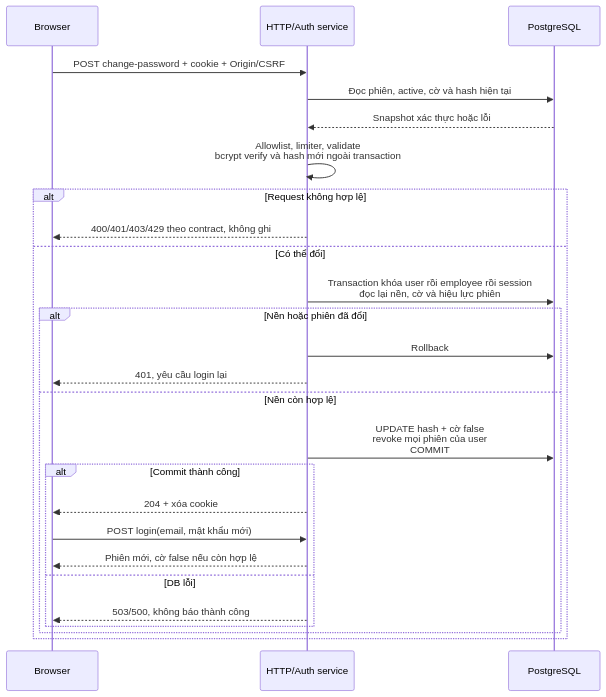
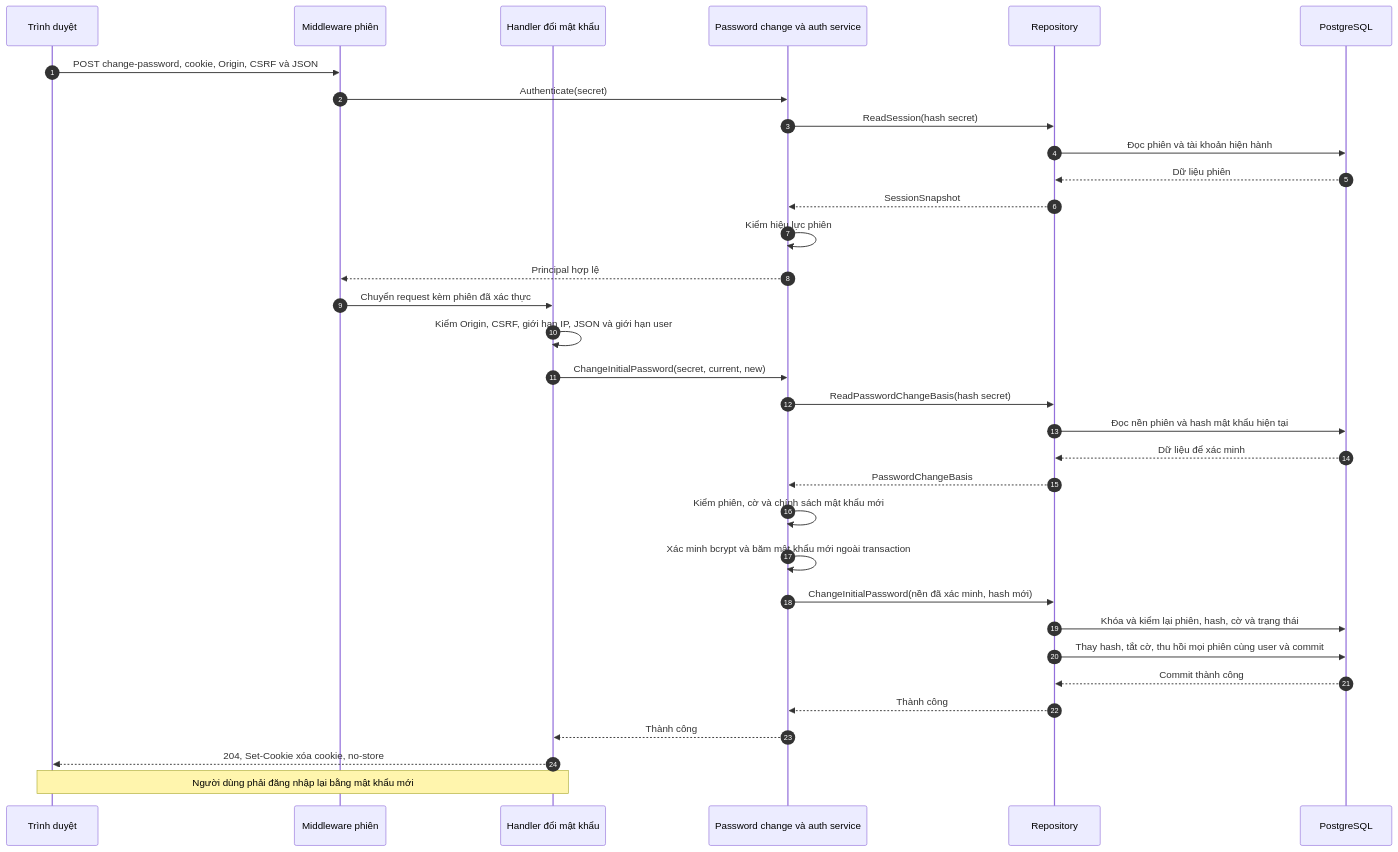
One commit to mingquanjp/prj-manage-system changed the seventh of 7 diagrams in docs/proposals/backend-auth-session.md. Above: the diagram before and after it, drawn with Mermaid. The commit also changed other lines of this file and 4 other files, not shown here.

First line of the commit message:
docs(auth): reorganize the proposal around the current design

````diff
--- a/docs/proposals/backend-auth-session.md
+++ b/docs/proposals/backend-auth-session.md
@@ -739,28 +359,35 @@
 ```mermaid
 sequenceDiagram
-  participant B as Browser
-  participant H as HTTP/Auth service
+  autonumber
+  participant B as Trình duyệt
+  participant M as Middleware phiên
+  participant H as Handler đổi mật khẩu
+  participant S as Password change và auth service
+  participant R as Repository
   participant D as PostgreSQL
-  B->>H: POST change-password + cookie + Origin/CSRF
-  H->>D: Đọc phiên, active, cờ và hash hiện tại
-  D-->>H: Snapshot xác thực hoặc lỗi
-  H->>H: Allowlist, limiter, validate<br/> bcrypt verify và hash mới ngoài transaction
-  alt Request không hợp lệ
-    H-->>B: 400/401/403/429 theo contract, không ghi
-  else Có thể đổi
-    H->>D: Transaction khóa user rồi employee rồi session<br/> đọc lại nền, cờ và hiệu lực phiên
-    alt Nền hoặc phiên đã đổi
-      H->>D: Rollback
-      H-->>B: 401, yêu cầu login lại
-    else Nền còn hợp lệ
-      H->>D: UPDATE hash + cờ false<br/> revoke mọi phiên của user<br/> COMMIT
-      alt Commit thành công
-        H-->>B: 204 + xóa cookie
-        B->>H: POST login(email, mật khẩu mới)
-        H-->>B: Phiên mới, cờ false nếu còn hợp lệ
-      else DB lỗi
-        H-->>B: 503/500, không báo thành công
-      end
-    end
-  end
+  B->>M: POST change-password, cookie, Origin, CSRF và JSON
+  M->>S: Authenticate(secret)
+  S->>R: ReadSession(hash secret)
+  R->>D: Đọc phiên và tài khoản hiện hành
+  D-->>R: Dữ liệu phiên
+  R-->>S: SessionSnapshot
+  S->>S: Kiểm hiệu lực phiên
+  S-->>M: Principal hợp lệ
+  M->>H: Chuyển request kèm phiên đã xác thực
+  H->>H: Kiểm Origin, CSRF, giới hạn IP, JSON và giới hạn user
+  H->>S: ChangeInitialPassword(secret, current, new)
+  S->>R: ReadPasswordChangeBasis(hash secret)
+  R->>D: Đọc nền phiên và hash mật khẩu hiện tại
+  D-->>R: Dữ liệu để xác minh
+  R-->>S: PasswordChangeBasis
+  S->>S: Kiểm phiên, cờ và chính sách mật khẩu mới
+  S->>S: Xác minh bcrypt và băm mật khẩu mới ngoài transaction
+  S->>R: ChangeInitialPassword(nền đã xác minh, hash mới)
+  R->>D: Khóa và kiểm lại phiên, hash, cờ và trạng thái
+  R->>D: Thay hash, tắt cờ, thu hồi mọi phiên cùng user và commit
+  D-->>R: Commit thành công
+  R-->>S: Thành công
+  S-->>H: Thành công
+  H-->>B: 204, Set-Cookie xóa cookie, no-store
+  Note over B,H: Người dùng phải đăng nhập lại bằng mật khẩu mới
 ```
````
